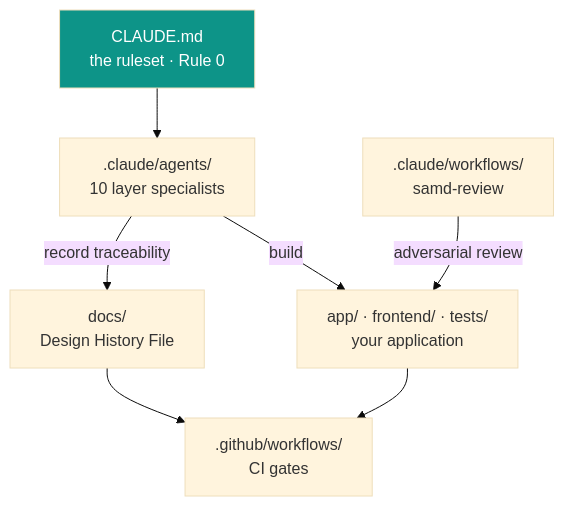
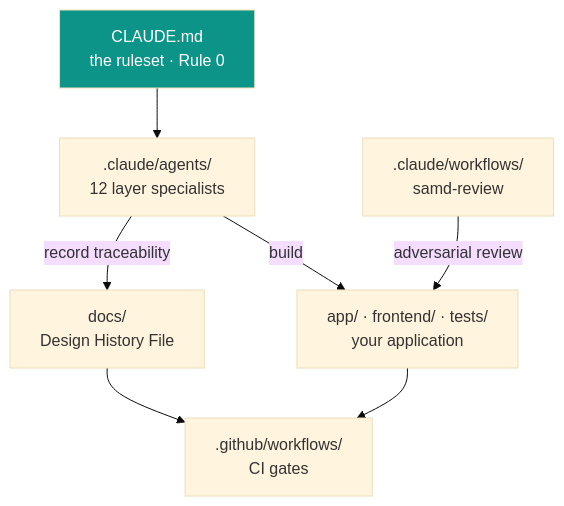
The diagram in README.md (bryan-basg/samd-starter-kit), drawn with Mermaid (base theme) before and after one commit. The commit also changed other lines of this file and 9 other files, not shown here.

````diff
--- a/README.md
+++ b/README.md
@@ -67,16 +68,16 @@
 ```mermaid
 flowchart TB
     RULES["CLAUDE.md<br/>the ruleset · Rule 0"]
-    AGENTS[".claude/agents/<br/>10 layer specialists"]
+    AGENTS[".claude/agents/<br/>12 layer specialists"]
     WF[".claude/workflows/<br/>samd-review"]
     CODE["app/ · frontend/ · tests/<br/>your application"]
     DHF["docs/<br/>Design History File"]
     CI[".github/workflows/<br/>CI gates"]
     RULES --> AGENTS
     AGENTS -->|build| CODE
     AGENTS -->|record traceability| DHF
     WF -->|adversarial review| CODE
     CODE --> CI
     DHF --> CI
     style RULES fill:#0d9488,color:#fff
 ```
````
